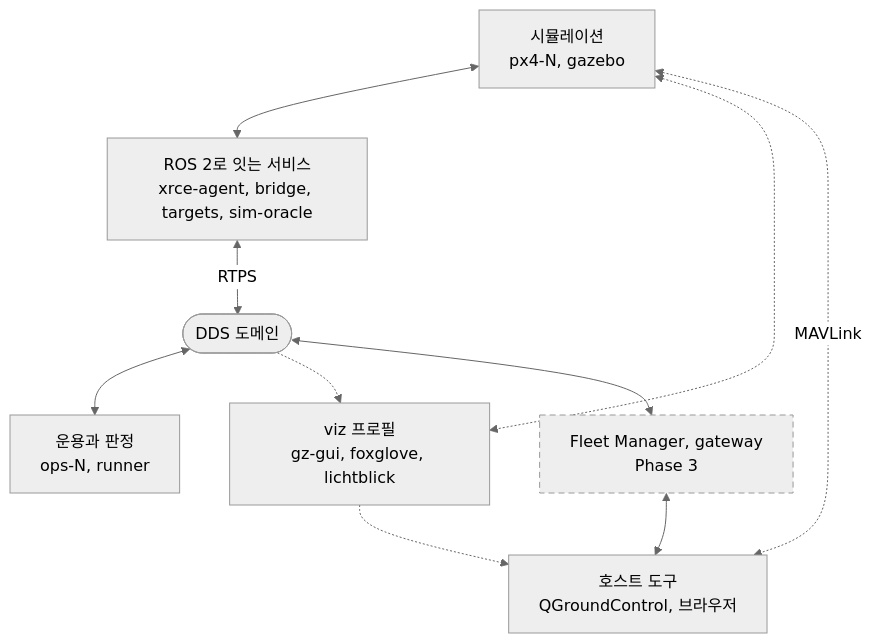
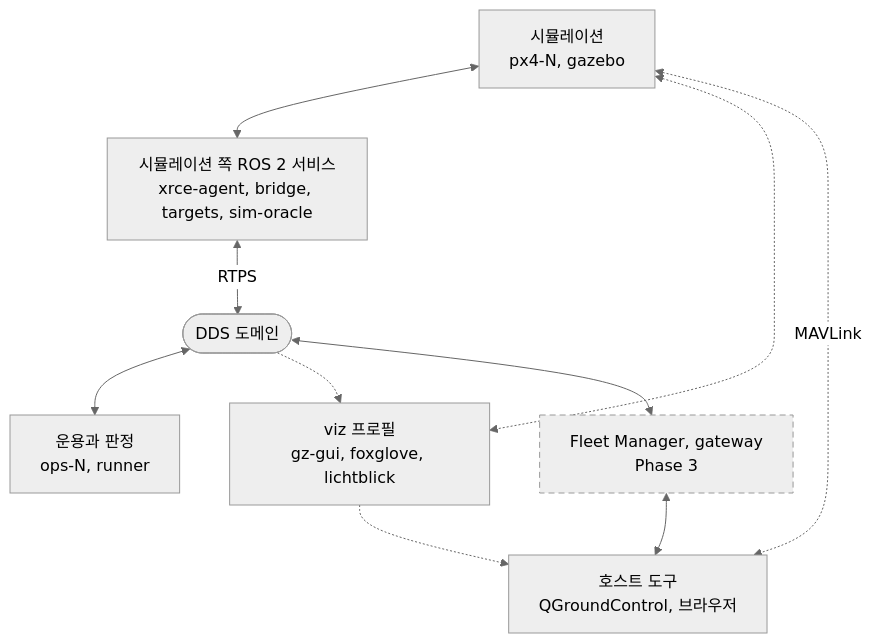
The third of 8 diagrams in docs/architecture.md (danielhongwoo/idsim), drawn with Mermaid (neutral theme) before and after one commit. The commit also changed other lines of this file and 2 other files, not shown here.

First line of the commit message:
architecture, plan-1b: B1 검토 지적을 반영한다

````diff
--- a/docs/architecture.md
+++ b/docs/architecture.md
@@ -198,23 +198,23 @@
 ```mermaid
 flowchart TB
   SIM["시뮬레이션<br/>px4-N, gazebo"]
-  LINK["ROS 2로 잇는 서비스<br/>xrce-agent, bridge, targets, sim-oracle"]
+  LINK["시뮬레이션 쪽 ROS 2 서비스<br/>xrce-agent, bridge, targets, sim-oracle"]
   DDS(["DDS 도메인"])
   ROS["운용과 판정<br/>ops-N, runner"]
   VIZ["viz 프로필<br/>gz-gui, foxglove, lichtblick"]
   HOST["호스트 도구<br/>QGroundControl, 브라우저"]
   EXT["Fleet Manager, gateway<br/>Phase 3"]
 
   SIM <--> LINK
   LINK <-->|"RTPS"| DDS
   DDS <--> ROS
   SIM <-.-> VIZ
   DDS -.-> VIZ
   VIZ -.-> HOST
   SIM <-.->|"MAVLink"| HOST
   DDS <--> EXT
   EXT <--> HOST
 
   classDef later stroke-dasharray: 6 4
   class EXT later
 ```
````
